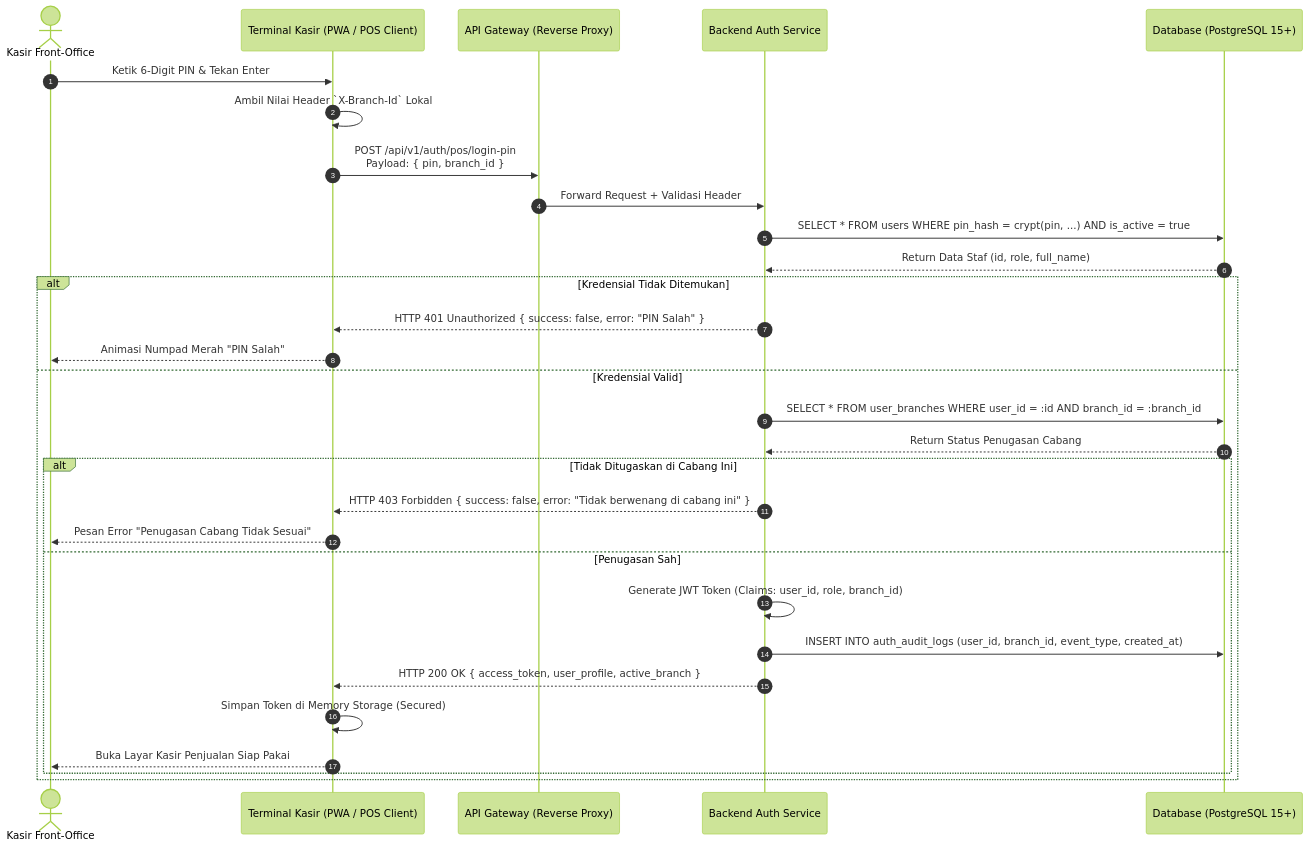
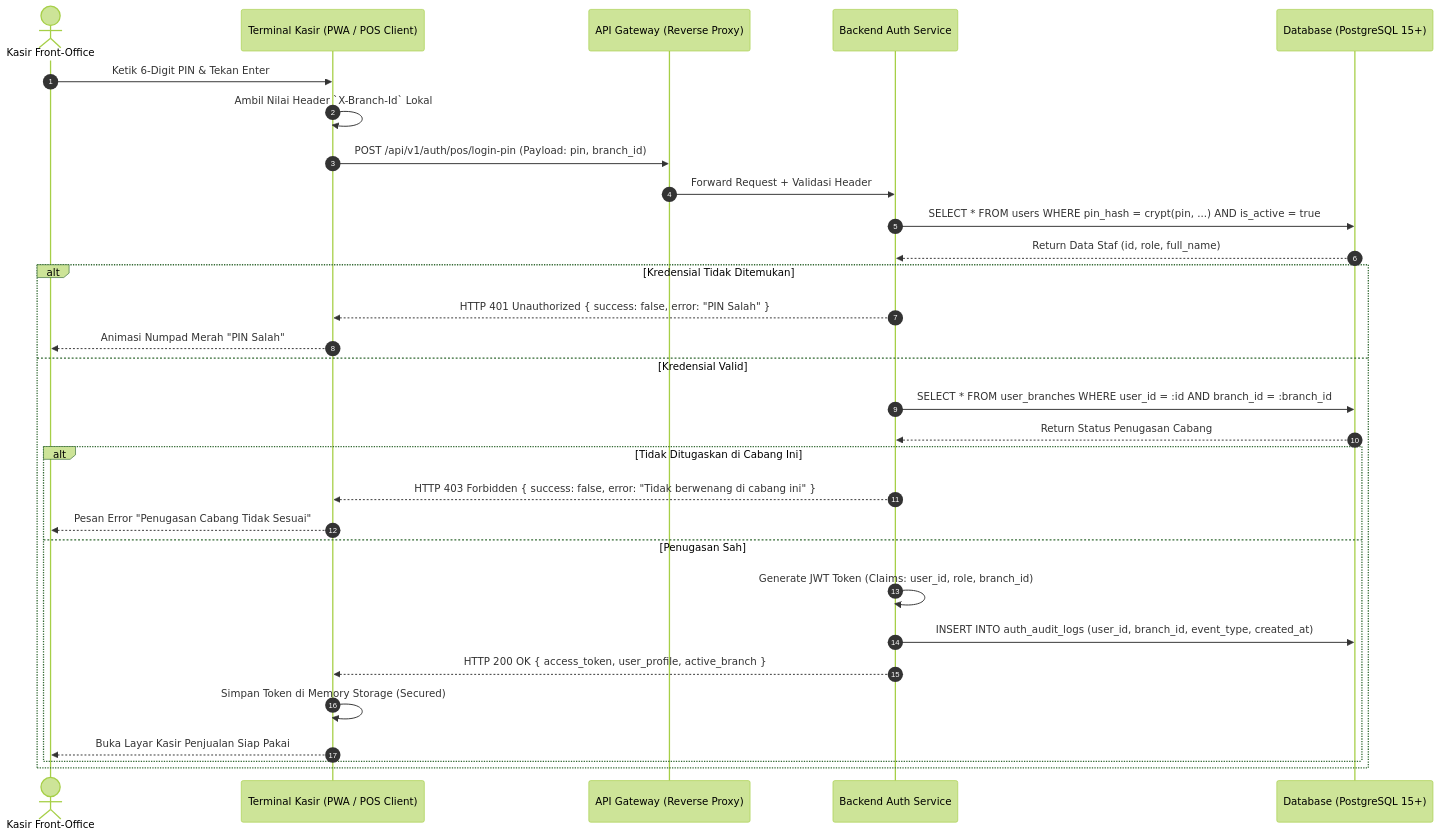
The fifth of 9 diagrams in technical/diagrams/01-diagrams-auth-dan-cabang.md (bagusyanuar/pharmacy-docs), drawn with Mermaid (forest theme) before and after one commit. The commit also changed other lines of this file, not shown here.

Commit message:
fix(diagrams): sanitize raw comparison operators in Mermaid edge labels

````diff
--- a/technical/diagrams/01-diagrams-auth-dan-cabang.md
+++ b/technical/diagrams/01-diagrams-auth-dan-cabang.md
@@ -191,35 +191,35 @@
 ```mermaid
 sequenceDiagram
     autonumber
     actor Cashier as Kasir Front-Office
     participant POS as Terminal Kasir (PWA / POS Client)
     participant Gateway as API Gateway (Reverse Proxy)
     participant AuthService as Backend Auth Service
     participant DB as Database (PostgreSQL 15+)
 
     Cashier->>POS: Ketik 6-Digit PIN & Tekan Enter
     POS->>POS: Ambil Nilai Header `X-Branch-Id` Lokal
-    POS->>Gateway: POST /api/v1/auth/pos/login-pin<br>Payload: { pin, branch_id }
+    POS->>Gateway: POST /api/v1/auth/pos/login-pin (Payload: pin, branch_id)
     Gateway->>AuthService: Forward Request + Validasi Header
     AuthService->>DB: SELECT * FROM users WHERE pin_hash = crypt(pin, ...) AND is_active = true
     DB-->>AuthService: Return Data Staf (id, role, full_name)
     
     alt Kredensial Tidak Ditemukan
         AuthService-->>POS: HTTP 401 Unauthorized { success: false, error: "PIN Salah" }
         POS-->>Cashier: Animasi Numpad Merah "PIN Salah"
     else Kredensial Valid
         AuthService->>DB: SELECT * FROM user_branches WHERE user_id = :id AND branch_id = :branch_id
         DB-->>AuthService: Return Status Penugasan Cabang
         
         alt Tidak Ditugaskan di Cabang Ini
             AuthService-->>POS: HTTP 403 Forbidden { success: false, error: "Tidak berwenang di cabang ini" }
             POS-->>Cashier: Pesan Error "Penugasan Cabang Tidak Sesuai"
         else Penugasan Sah
             AuthService->>AuthService: Generate JWT Token (Claims: user_id, role, branch_id)
             AuthService->>DB: INSERT INTO auth_audit_logs (user_id, branch_id, event_type, created_at)
             AuthService-->>POS: HTTP 200 OK { access_token, user_profile, active_branch }
             POS->>POS: Simpan Token di Memory Storage (Secured)
             POS-->>Cashier: Buka Layar Kasir Penjualan Siap Pakai
         end
     end
 ```
````
